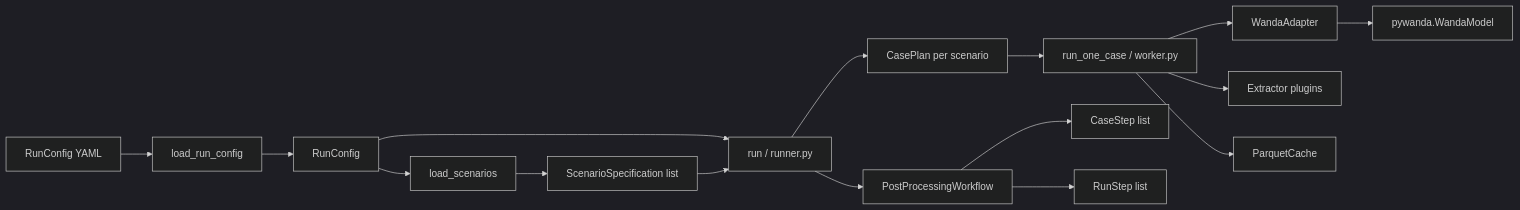
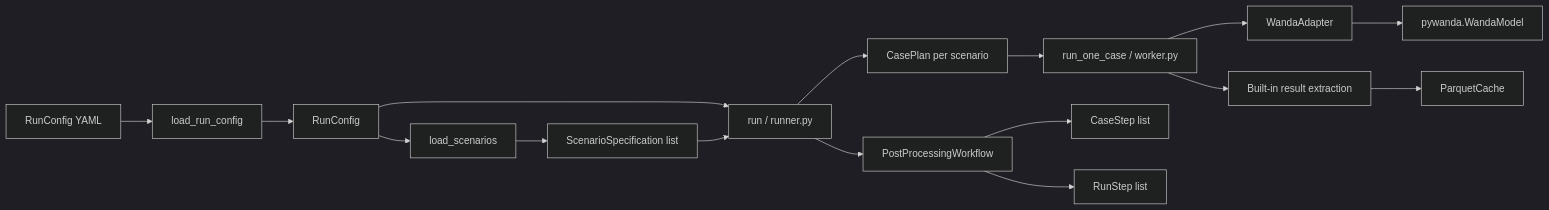
Before and after one commit to Deltares-research/pywanda-hydra: the diagram in docs-user/pywandahydra.md, drawn with Mermaid (dark theme). The commit also changed other lines of this file and 27 other files, not shown here.

````diff
--- a/docs-user/pywandahydra.md
+++ b/docs-user/pywandahydra.md
@@ -13,17 +13,17 @@
 ```mermaid
 graph LR
     A[RunConfig YAML] --> B[load_run_config]
     B --> C[RunConfig]
     C --> D[load_scenarios]
     D --> E[ScenarioSpecification list]
     C & E --> F[run / runner.py]
     F --> G[CasePlan per scenario]
     G --> H[run_one_case / worker.py]
     H --> I[WandaAdapter]
     I --> J[pywanda.WandaModel]
-    H --> K[Extractor plugins]
-    H --> L[ParquetCache]
+    H --> K[Built-in result extraction]
+    K --> L[ParquetCache]
     F --> M[PostProcessingWorkflow]
     M --> N[CaseStep list]
     M --> O[RunStep list]
 ```
````
